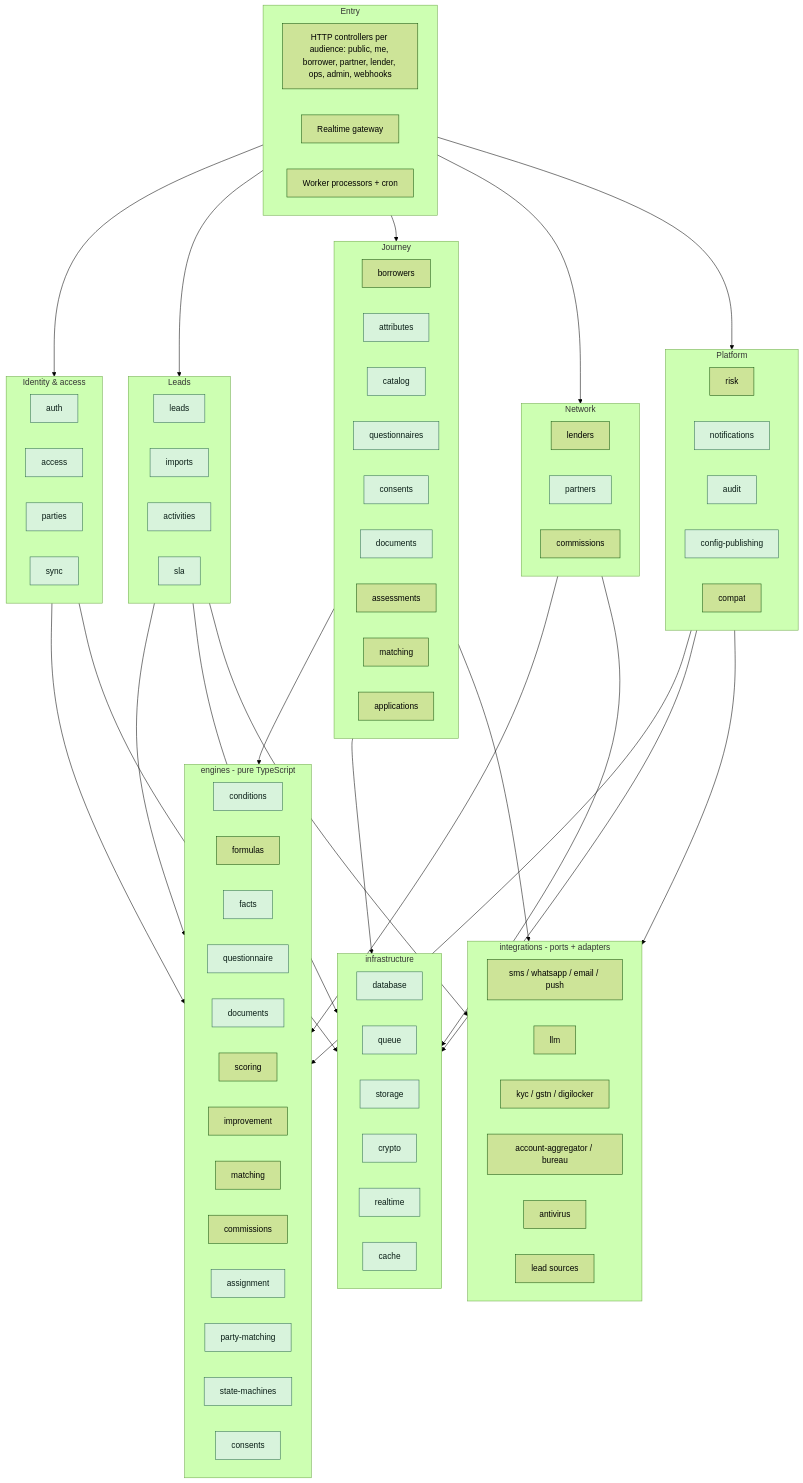
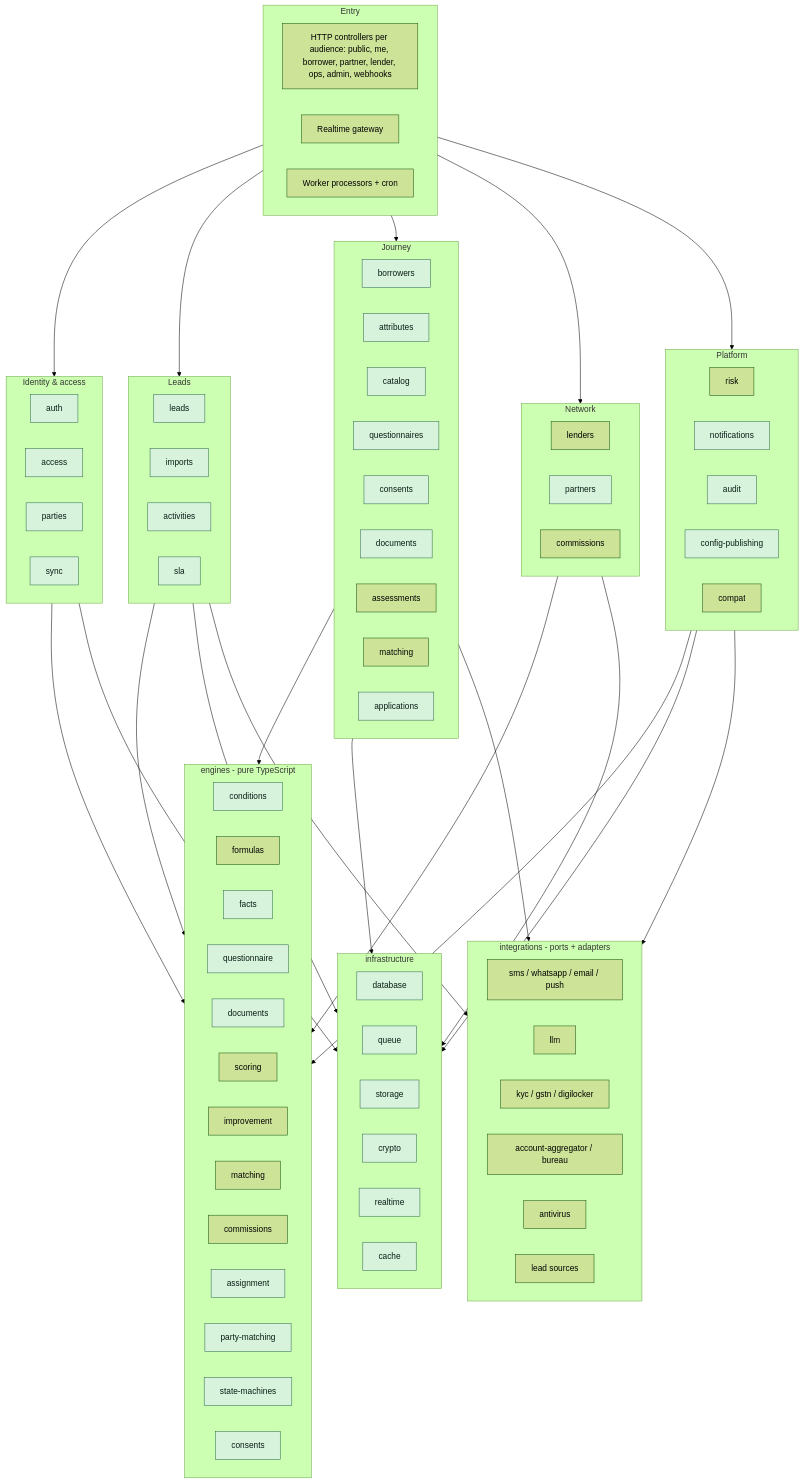
One commit to Shaikhfaruk/fundenflo changed the second of 14 diagrams in docs/ARCHITECTURE.md. Above: the diagram before and after it, drawn with Mermaid (forest theme). The commit also changed other lines of this file and 65 other files, not shown here.

````diff
--- a/docs/ARCHITECTURE.md
+++ b/docs/ARCHITECTURE.md
@@ -158,5 +158,5 @@
   LeadsGroup --> Ports
   Platform --> Ports
   classDef built fill:#d8f3dc,stroke:#2d6a4f,color:#081c15
-  class auth,access,parties,catalog,attributes,questionnaires,consents,partners,leads,imports,activities,sla,realtime,sync,documents,notifications,audit,configPublishing,conditions,facts,questionnaire,partyMatching,stateMachines,consentFold,assignment,docChecklist,database,queue,storage,crypto,cache built
+  class auth,access,parties,catalog,attributes,questionnaires,consents,partners,leads,imports,activities,sla,realtime,sync,documents,borrowers,applications,notifications,audit,configPublishing,conditions,facts,questionnaire,partyMatching,stateMachines,consentFold,assignment,docChecklist,database,queue,storage,crypto,cache built
 ```
````
